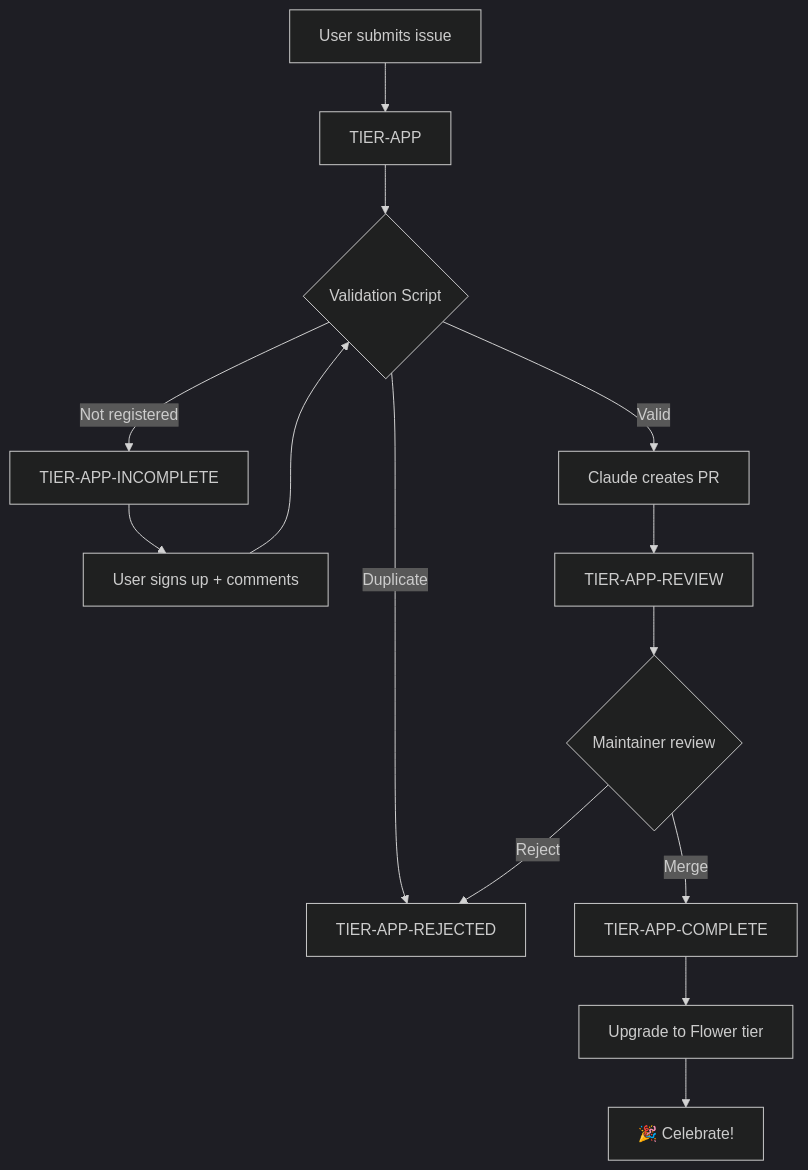
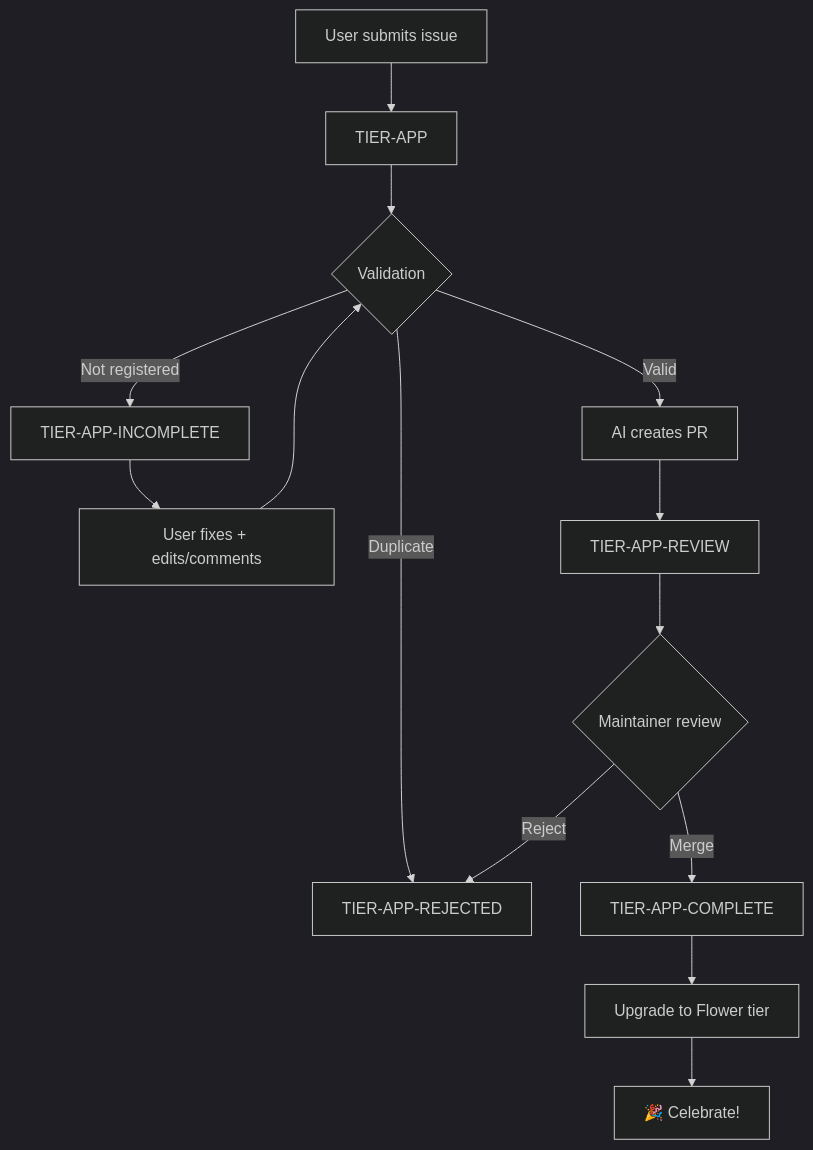
One commit to pollinations/pollinations changed the diagram in .github/docs/APP-SUBMISSION.md. Above: the diagram before and after it, drawn with Mermaid. The commit also changed other lines of this file, not shown here.

````diff
--- a/.github/docs/APP-SUBMISSION.md
+++ b/.github/docs/APP-SUBMISSION.md
@@ -106,17 +95,17 @@
 ```mermaid
 %%{init: {'theme': 'dark'}}%%
 flowchart TD
     A[User submits issue] --> B[TIER-APP]
-    B --> V{Validation Script}
+    B --> V{Validation}
     V -->|Duplicate| X[TIER-APP-REJECTED]
     V -->|Not registered| E[TIER-APP-INCOMPLETE]
-    E --> F[User signs up + comments]
+    E --> F[User fixes + edits/comments]
     F --> V
-    V -->|Valid| G[Claude creates PR]
+    V -->|Valid| G[AI creates PR]
     G --> H[TIER-APP-REVIEW]
     H --> I{Maintainer review}
     I -->|Reject| X
     I -->|Merge| J[TIER-APP-COMPLETE]
     J --> K[Upgrade to Flower tier]
     K --> L[🎉 Celebrate!]
 ```
````
